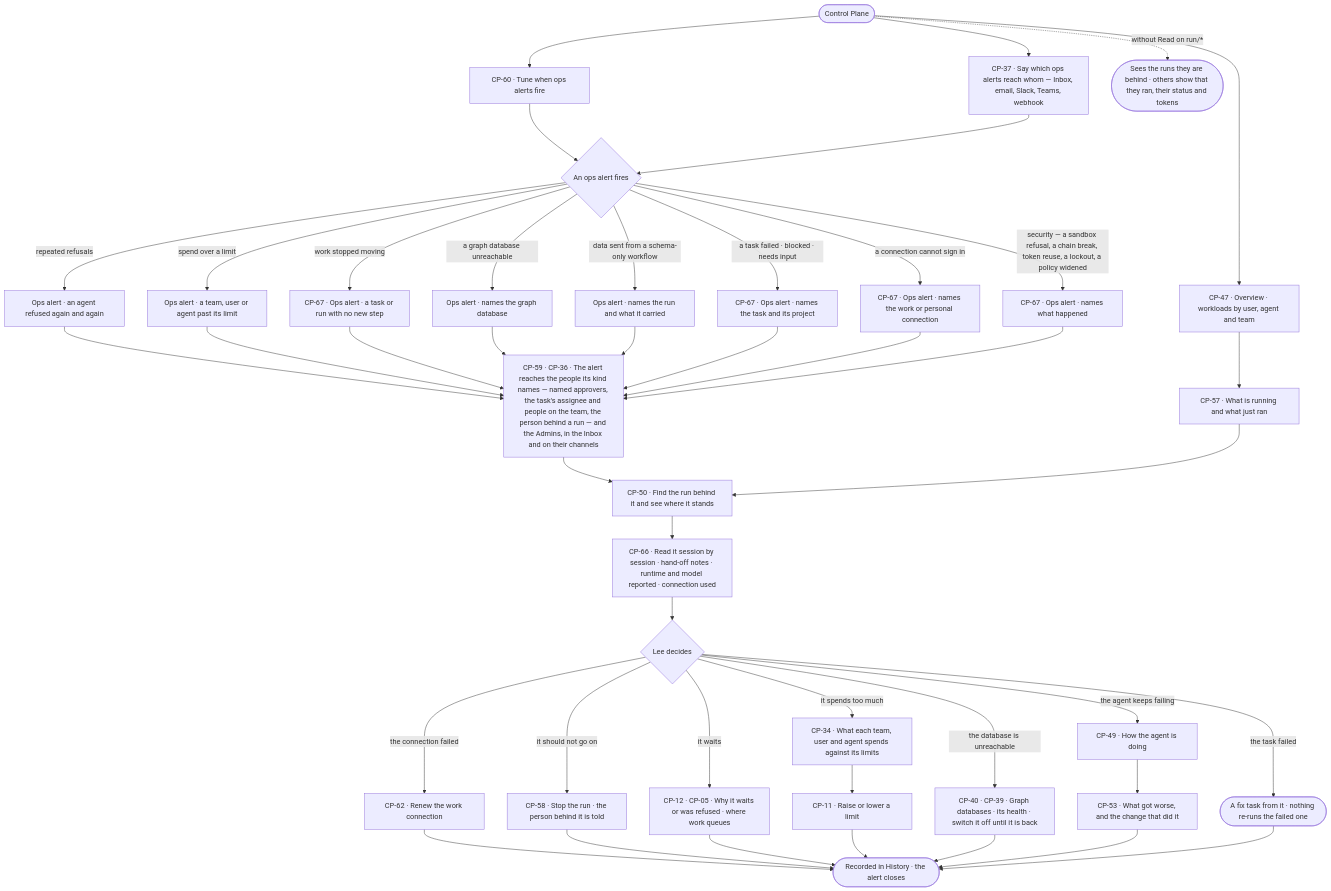
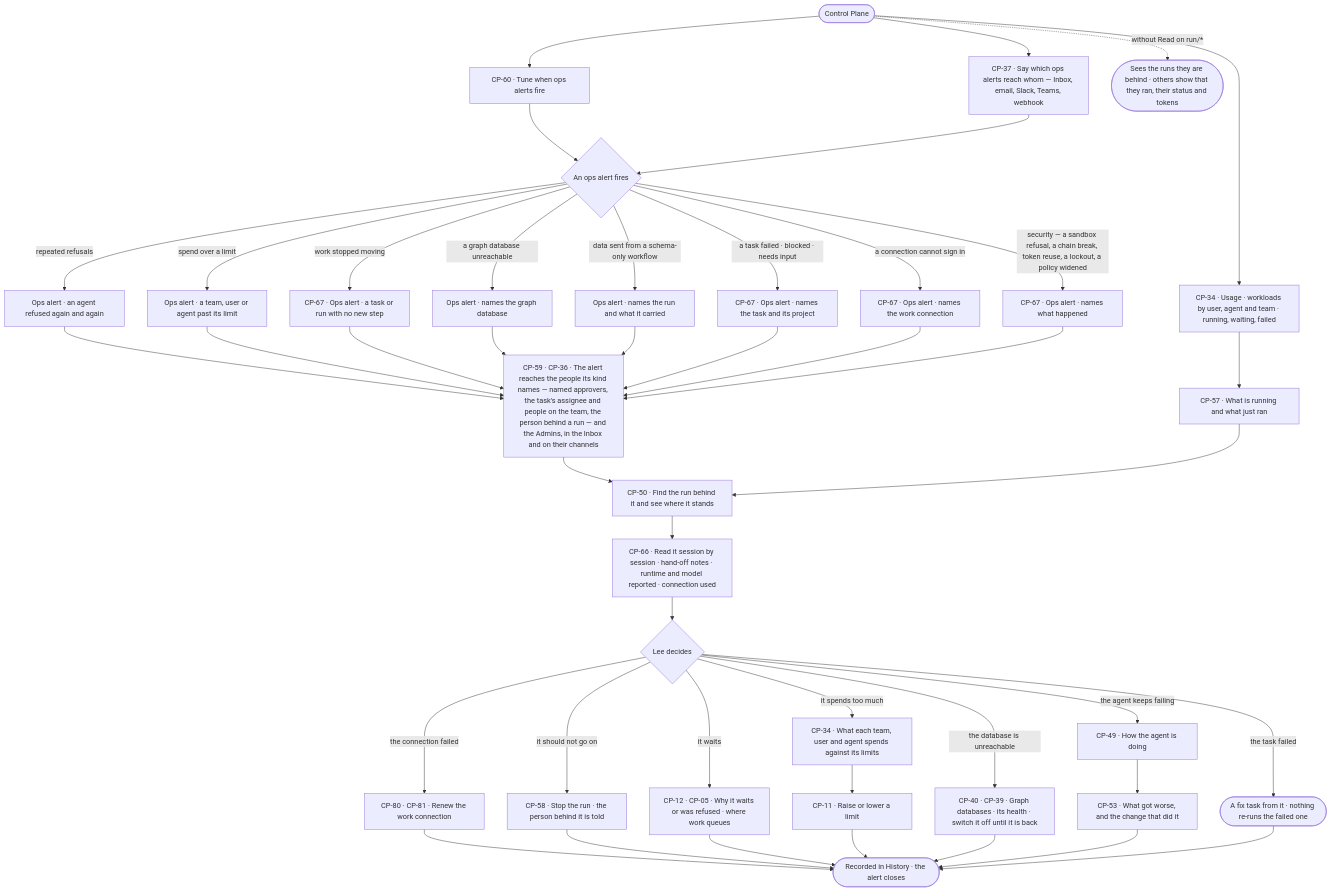
One commit to invana/invana changed the diagram in specs/journeys/J08-watch-agent-workloads-and-act-on-an-alert.md. Above: the diagram before and after it, drawn with Mermaid. The commit also changed other lines of this file and 156 other files, not shown here.

Commit message:
wip(platform-design-3): P02 · steps 1-4 — section 4, E2E sweep, merges, flow boards, journeys

````diff
--- a/specs/journeys/J08-watch-agent-workloads-and-act-on-an-alert.md
+++ b/specs/journeys/J08-watch-agent-workloads-and-act-on-an-alert.md
@@ -16,46 +16,46 @@
 ```mermaid
 flowchart TD
-  A([Control Plane]) --> O["CP-47 · Overview · workloads by user, agent and team"]
+  A([Control Plane]) --> O["CP-34 · Usage · workloads by user, agent and team · running, waiting, failed"]
   A --> NR["CP-37 · Say which ops alerts reach whom — Inbox, email, Slack, Teams, webhook"]
   A --> TH["CP-60 · Tune when ops alerts fire"]
   TH --> AL
   NR --> AL{"An ops alert fires"}
   AL -->|repeated refusals| AL1["Ops alert · an agent refused again and again"]
   AL -->|spend over a limit| AL2["Ops alert · a team, user or agent past its limit"]
   AL -->|work stopped moving| AL3["CP-67 · Ops alert · a task or run with no new step"]
   AL -->|a graph database unreachable| AL4["Ops alert · names the graph database"]
   AL -->|data sent from a schema-only workflow| AL5["Ops alert · names the run and what it carried"]
   AL -->|a task failed · blocked · needs input| AL6["CP-67 · Ops alert · names the task and its project"]
-  AL -->|a connection cannot sign in| AL7["CP-67 · Ops alert · names the work or personal connection"]
+  AL -->|a connection cannot sign in| AL7["CP-67 · Ops alert · names the work connection"]
   AL -->|security — a sandbox refusal, a chain break, token reuse, a lockout, a policy widened| AL8["CP-67 · Ops alert · names what happened"]
   AL1 --> IN["CP-59 · CP-36 · The alert reaches the people its kind names — named approvers, the task's assignee and people on the team, the person behind a run — and the Admins, in the Inbox and on their channels"]
   AL2 --> IN
   AL3 --> IN
   AL4 --> IN
   AL5 --> IN
   AL6 --> IN
   AL7 --> IN
   AL8 --> IN
   O --> R["CP-57 · What is running and what just ran"]
   IN --> R2["CP-50 · Find the run behind it and see where it stands"]
   R --> R2
   R2 --> SS["CP-66 · Read it session by session · hand-off notes · runtime and model reported · connection used"]
   SS --> D{"Lee decides"}
   D -->|the task failed| FX(["A fix task from it · nothing re-runs the failed one"])
-  D -->|the connection failed| CN["CP-62 · Renew the work connection"]
+  D -->|the connection failed| CN["CP-80 · CP-81 · Renew the work connection"]
   CN --> E
   D -->|it should not go on| S["CP-58 · Stop the run · the person behind it is told"]
   D -->|it waits| W["CP-12 · CP-05 · Why it waits or was refused · where work queues"]
   D -->|it spends too much| L["CP-34 · What each team, user and agent spends against its limits"]
   L --> L1["CP-11 · Raise or lower a limit"]
   D -->|the database is unreachable| G["CP-40 · CP-39 · Graph databases · its health · switch it off until it is back"]
   D -->|the agent keeps failing| Q["CP-49 · How the agent is doing"]
   Q --> Q1["CP-53 · What got worse, and the change that did it"]
   S --> E(["Recorded in History · the alert closes"])
   W --> E
   L1 --> E
   G --> E
   Q1 --> E
   FX --> E
   A -.->|without Read on run/*| NA(["Sees the runs they are behind · others show that they ran, their status and tokens"])
 ```
````
